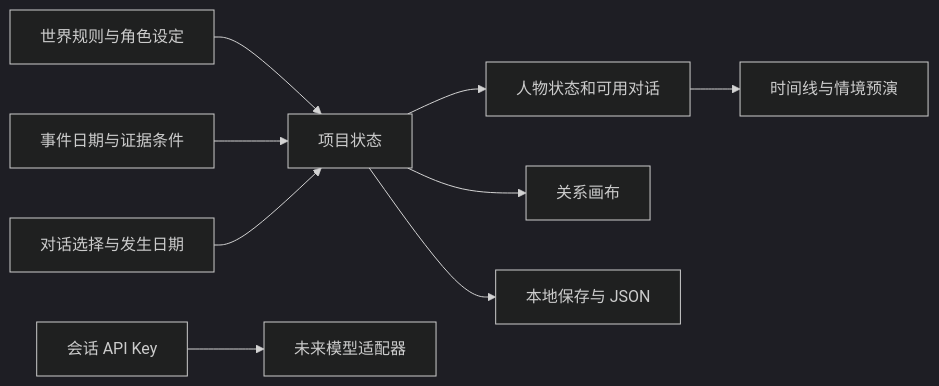
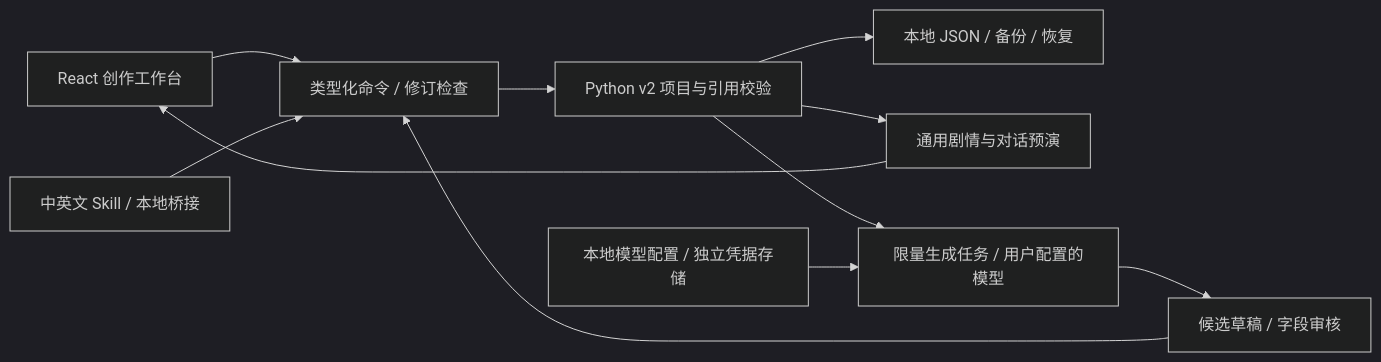
Before and after one commit to koronto11/ludo-npc-ai: the diagram in docs/architecture.md, drawn with Mermaid (dark theme). The commit also changed other lines of this file and 514 other files, not shown here.

````diff
--- a/docs/architecture.md
+++ b/docs/architecture.md
@@ -7,11 +5,13 @@
 ```mermaid
 flowchart LR
-    W[世界规则与角色设定] --> P[项目状态]
-    E[事件日期与证据条件] --> P
-    C[对话选择与发生日期] --> P
-    P --> S[人物状态和可用对话]
-    P --> G[关系画布]
-    S --> T[时间线与情境预演]
-    P --> B[本地保存与 JSON]
-    M[会话 API Key] --> F[未来模型适配器]
+    UI[React 创作工作台] --> CMD[类型化命令 / 修订检查]
+    SKILL[中英文 Skill / 本地桥接] --> CMD
+    CMD --> P[Python v2 项目与引用校验]
+    P --> STORE[本地 JSON / 备份 / 恢复]
+    P --> SIM[通用剧情与对话预演]
+    SIM --> UI
+    P --> GEN[限量生成任务 / 用户配置的模型]
+    GEN --> DRAFT[候选草稿 / 字段审核]
+    DRAFT --> CMD
+    SETTINGS[本地模型配置 / 独立凭据存储] --> GEN
 ```
````
